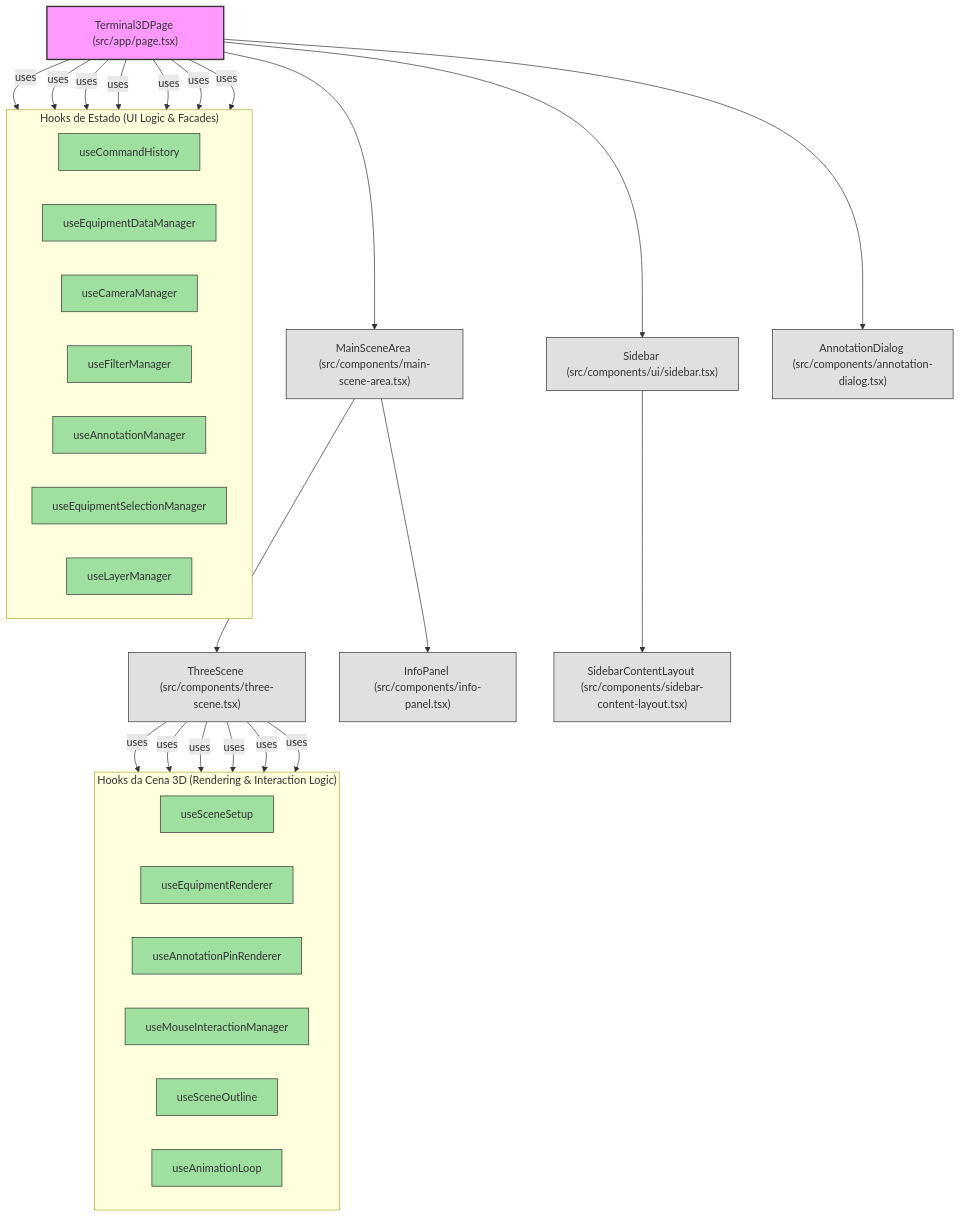
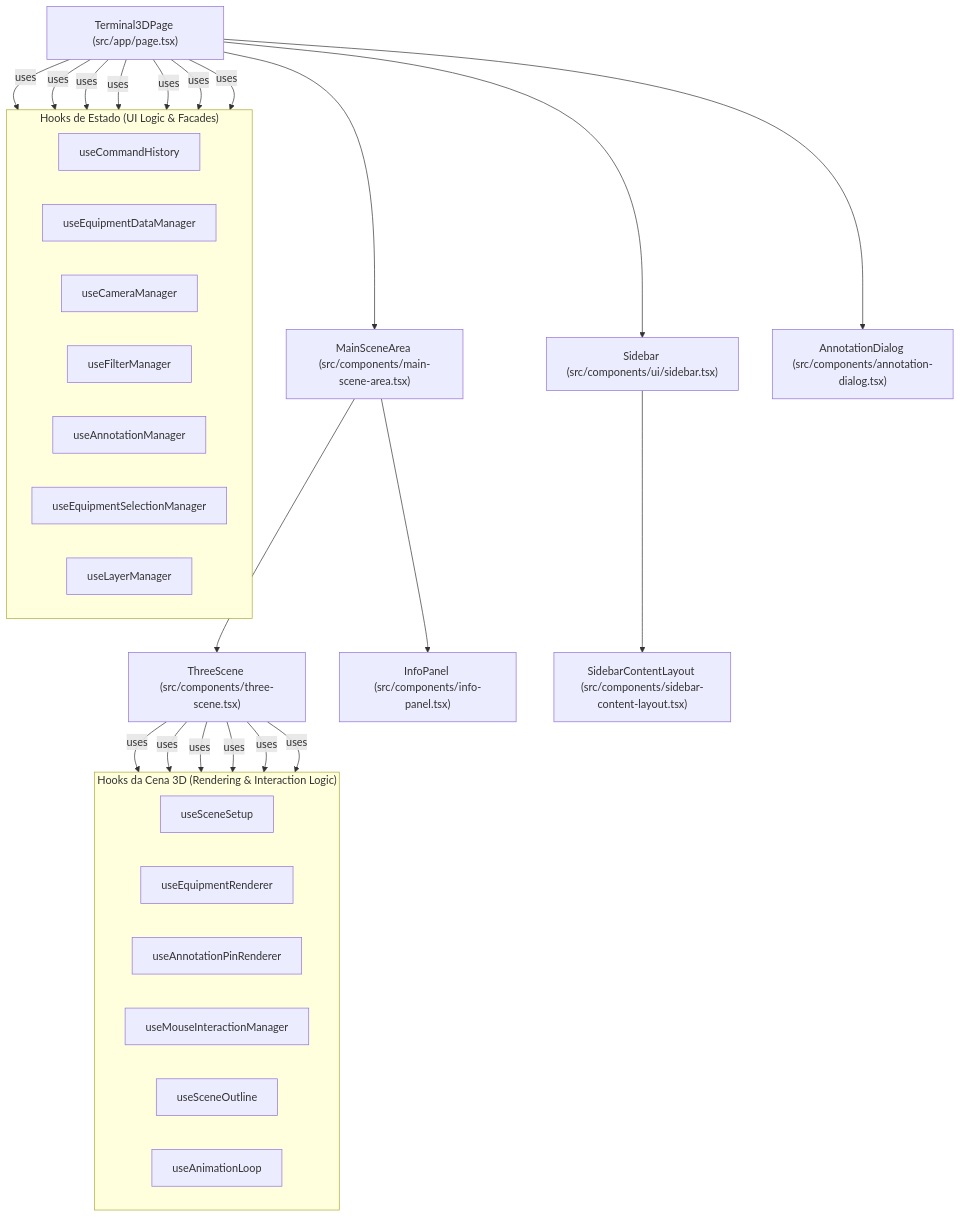
One commit to Dicommunitas/ThreeJS_Terminal_3D changed the first of 3 diagrams in documentation/architecture.md. Above: the diagram before and after it, drawn with Mermaid.

Commit message:
Atualizando diagramas da documentação

````diff
--- a/documentation/architecture.md
+++ b/documentation/architecture.md
@@ -141,51 +141,52 @@
 ```mermaid
 graph TD
     %% Main Page and Layout
-    Terminal3DPage["Terminal3DPage (src/app/page.tsx)"] --> MainSceneArea["MainSceneArea (src/components/main-scene-area.tsx)"];
-    Terminal3DPage --> Sidebar["Sidebar (src/components/ui/sidebar.tsx)"];
-    Terminal3DPage --> AnnotationDialog["AnnotationDialog (src/components/annotation-dialog.tsx)"];
+    Terminal3DPage["Terminal3DPage (src/app/page.tsx)"] --> MainSceneArea["MainSceneArea (src/components/main-scene-area.tsx)"]
+    Terminal3DPage --> Sidebar["Sidebar (src/components/ui/sidebar.tsx)"]
+    Terminal3DPage --> AnnotationDialog["AnnotationDialog (src/components/annotation-dialog.tsx)"]
 
     %% Main Scene Area Content
-    MainSceneArea --> ThreeScene["ThreeScene (src/components/three-scene.tsx)"];
-    MainSceneArea --> InfoPanel["InfoPanel (src/components/info-panel.tsx)"];
+    MainSceneArea --> ThreeScene["ThreeScene (src/components/three-scene.tsx)"]
+    MainSceneArea --> InfoPanel["InfoPanel (src/components/info-panel.tsx)"]
 
     %% Sidebar Content
-    Sidebar --> SidebarContentLayout["SidebarContentLayout (src/components/sidebar-content-layout.tsx)"];
+    Sidebar --> SidebarContentLayout["SidebarContentLayout (src/components/sidebar-content-layout.tsx)"]
 
     %% ThreeScene uses Specialized Hooks
-    ThreeScene -- uses --> H_SceneSetup["useSceneSetup"];
-    ThreeScene -- uses --> H_EquipRenderer["useEquipmentRenderer"];
-    ThreeScene -- uses --> H_AnnotPinRenderer["useAnnotationPinRenderer"];
-    ThreeScene -- uses --> H_MouseInteraction["useMouseInteractionManager"];
-    ThreeScene -- uses --> H_SceneOutline["useSceneOutline"];
-    ThreeScene -- uses --> H_AnimLoop["useAnimationLoop"];
+    ThreeScene -- uses --> H_SceneSetup["useSceneSetup"]
+    ThreeScene -- uses --> H_EquipRenderer["useEquipmentRenderer"]
+    ThreeScene -- uses --> H_AnnotPinRenderer["useAnnotationPinRenderer"]
+    ThreeScene -- uses --> H_MouseInteraction["useMouseInteractionManager"]
+    ThreeScene -- uses --> H_SceneOutline["useSceneOutline"]
+    ThreeScene -- uses --> H_AnimLoop["useAnimationLoop"]
 
     %% Page uses State Management Hooks
-    Terminal3DPage -- uses --> H_CmdHistory["useCommandHistory"];
-    Terminal3DPage -- uses --> H_EquipData["useEquipmentDataManager"];
-    Terminal3DPage -- uses --> H_CameraMgr["useCameraManager"];
-    Terminal3DPage -- uses --> H_FilterMgr["useFilterManager"];
-    Terminal3DPage -- uses --> H_AnnotMgr["useAnnotationManager"];
-    Terminal3DPage -- uses --> H_EquipSelectMgr["useEquipmentSelectionManager"];
-    Terminal3DPage -- uses --> H_LayerMgr["useLayerManager"];
+    Terminal3DPage -- uses --> H_CmdHistory["useCommandHistory"]
+    Terminal3DPage -- uses --> H_EquipData["useEquipmentDataManager"]
+    Terminal3DPage -- uses --> H_CameraMgr["useCameraManager"]
+    Terminal3DPage -- uses --> H_FilterMgr["useFilterManager"]
+    Terminal3DPage -- uses --> H_AnnotMgr["useAnnotationManager"]
+    Terminal3DPage -- uses --> H_EquipSelectMgr["useEquipmentSelectionManager"]
+    Terminal3DPage -- uses --> H_LayerMgr["useLayerManager"]
 
     subgraph "Hooks de Estado (UI Logic & Facades)"
         direction LR
-        H_CmdHistory; H_EquipData; H_CameraMgr; H_FilterMgr; H_AnnotMgr; H_EquipSelectMgr; H_LayerMgr;
+        H_CmdHistory
+        H_EquipData
+        H_CameraMgr
+        H_FilterMgr
+        H_AnnotMgr
+        H_EquipSelectMgr
+        H_LayerMgr
     end
 
     subgraph "Hooks da Cena 3D (Rendering & Interaction Logic)"
         direction LR
-        H_SceneSetup; H_EquipRenderer; H_AnnotPinRenderer; H_MouseInteraction; H_SceneOutline; H_AnimLoop;
+        H_SceneSetup
+        H_EquipRenderer
+        H_AnnotPinRenderer
+        H_MouseInteraction
+        H_SceneOutline
+        H_AnimLoop
     end
-
-    classDef mainComponent fill:#f9f,stroke:#333,stroke-width:2px;
-    classDef uiComponent fill:#e0e0e0,stroke:#333;
-    classDef hook fill:#9fdf9f,stroke:#333;
-    classDef coreUtil fill:#add8e6,stroke:#333;
-
-    class Terminal3DPage mainComponent;
-    class MainSceneArea,Sidebar,AnnotationDialog,InfoPanel,ThreeScene,SidebarContentLayout uiComponent;
-    class H_SceneSetup,H_EquipRenderer,H_AnnotPinRenderer,H_MouseInteraction,H_SceneOutline,H_AnimLoop hook;
-    class H_CmdHistory,H_EquipData,H_CameraMgr,H_FilterMgr,H_AnnotMgr,H_EquipSelectMgr,H_LayerMgr hook;
 ```
````
